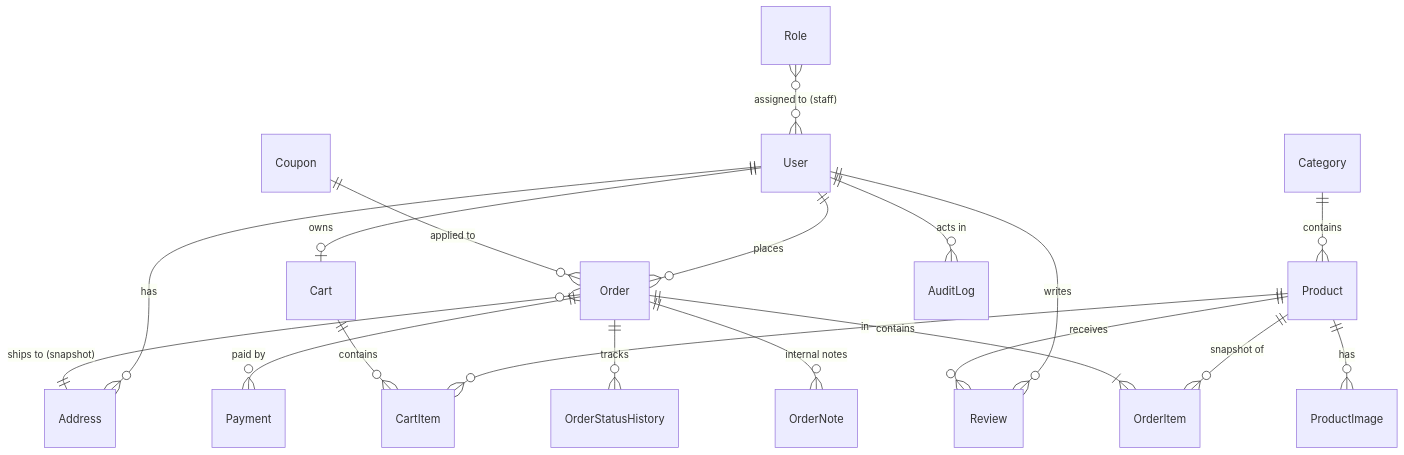
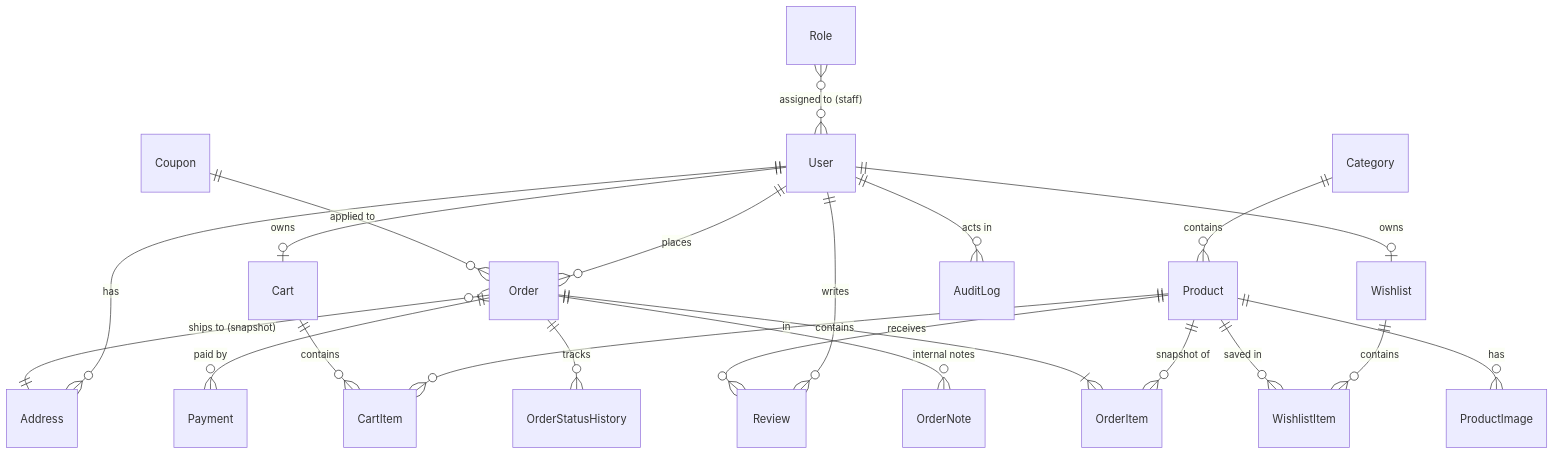
One commit to yeasin-dev-me/lumera-spec changed the diagram in architecture/database.md. Above: the diagram before and after it, drawn with Mermaid. The commit also changed other lines of this file and 6 other files, not shown here.

````diff
--- a/architecture/database.md
+++ b/architecture/database.md
@@ -19,21 +19,24 @@
 ```mermaid
 erDiagram
   User ||--o{ Address : has
   User ||--o| Cart : owns
   User ||--o{ Order : places
   User ||--o{ Review : writes
   Category ||--o{ Product : contains
   Product ||--o{ ProductImage : has
   Product ||--o{ CartItem : "in"
   Product ||--o{ OrderItem : "snapshot of"
   Product ||--o{ Review : receives
   Cart ||--o{ CartItem : contains
+  User ||--o| Wishlist : owns
+  Wishlist ||--o{ WishlistItem : contains
+  Product ||--o{ WishlistItem : "saved in"
   Order ||--|{ OrderItem : contains
   Order ||--o{ Payment : "paid by"
   Order ||--o{ OrderStatusHistory : tracks
   Order ||--o{ OrderNote : "internal notes"
   User ||--o{ AuditLog : "acts in"
   Role }o--o{ User : "assigned to (staff)"
   Coupon ||--o{ Order : "applied to"
   Order }o--|| Address : "ships to (snapshot)"
 ```
````
